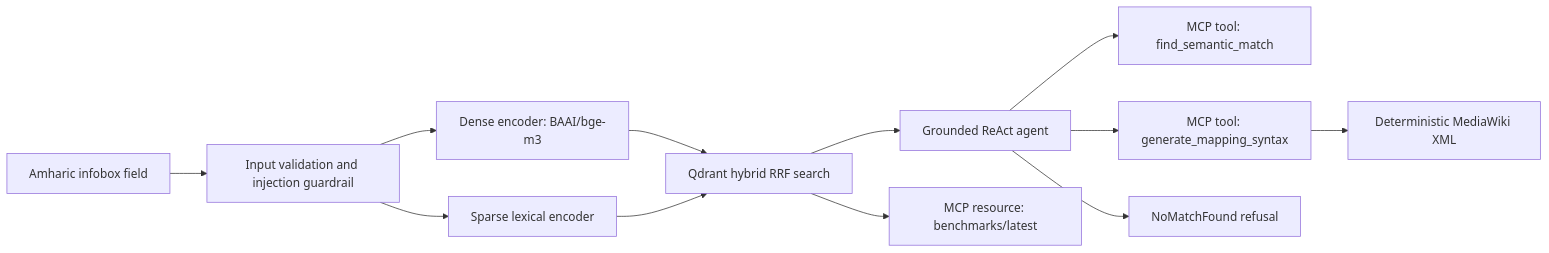
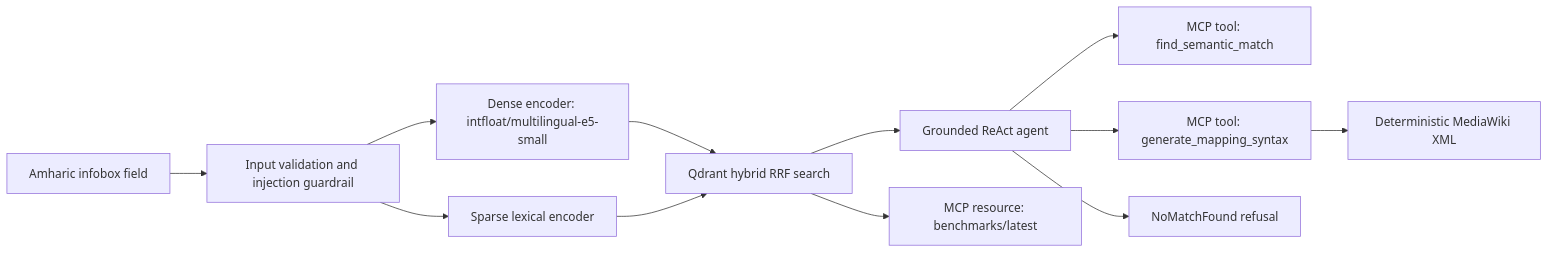
The diagram in README.md (Nama21yo/agentic-amdbpedia), drawn with Mermaid before and after one commit. The commit also changed other lines of this file and 10 other files, not shown here.

````diff
--- a/README.md
+++ b/README.md
@@ -19,14 +19,14 @@
 ```mermaid
 flowchart LR
     A[Amharic infobox field] --> B[Input validation and injection guardrail]
-    B --> C[Dense encoder: BAAI/bge-m3]
+    B --> C[Dense encoder: intfloat/multilingual-e5-small]
     B --> D[Sparse lexical encoder]
     C --> E[Qdrant hybrid RRF search]
     D --> E
     E --> F[Grounded ReAct agent]
     F --> G[MCP tool: find_semantic_match]
     F --> H[MCP tool: generate_mapping_syntax]
     H --> I[Deterministic MediaWiki XML]
     F --> J[NoMatchFound refusal]
     E --> K[MCP resource: benchmarks/latest]
 ```
````
